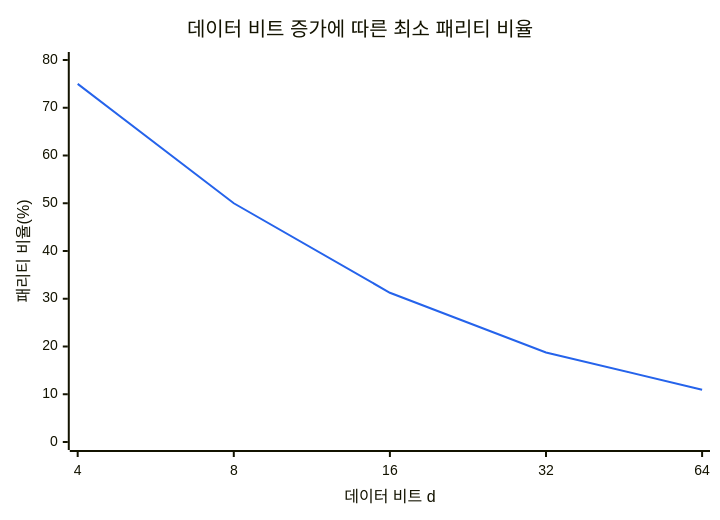
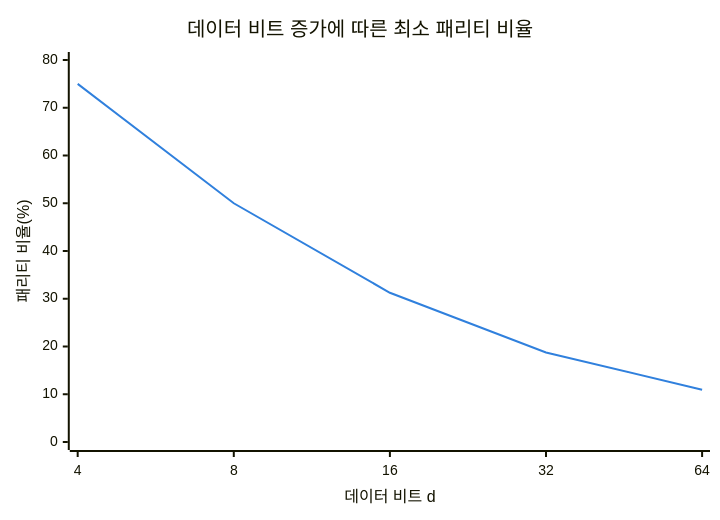
The first of 4 diagrams in src/content/docs/notes/01-basic-theory/028_hamming_code.md (agnusdei1207/knowledge-base), drawn with Mermaid before and after one commit. The commit also changed other lines of this file and 20 other files, not shown here.

````diff
--- a/src/content/docs/notes/01-basic-theory/028_hamming_code.md
+++ b/src/content/docs/notes/01-basic-theory/028_hamming_code.md
@@ -57,13 +57,8 @@
 ```mermaid
----
-config:
-  themeVariables:
-    xyChart:
-      plotColorPalette: "#2563EB"
----
+%%{init: {"themeVariables": {"xyChart": {"plotColorPalette": "#3080dd, #d95926"}}} }%%
 xychart-beta
     title "데이터 비트 증가에 따른 최소 패리티 비율"
     x-axis "데이터 비트 d" [4, 8, 16, 32, 64]
     y-axis "패리티 비율(%)" 0 --> 80
     line [75, 50, 31.25, 18.75, 10.94]
 ```
````
